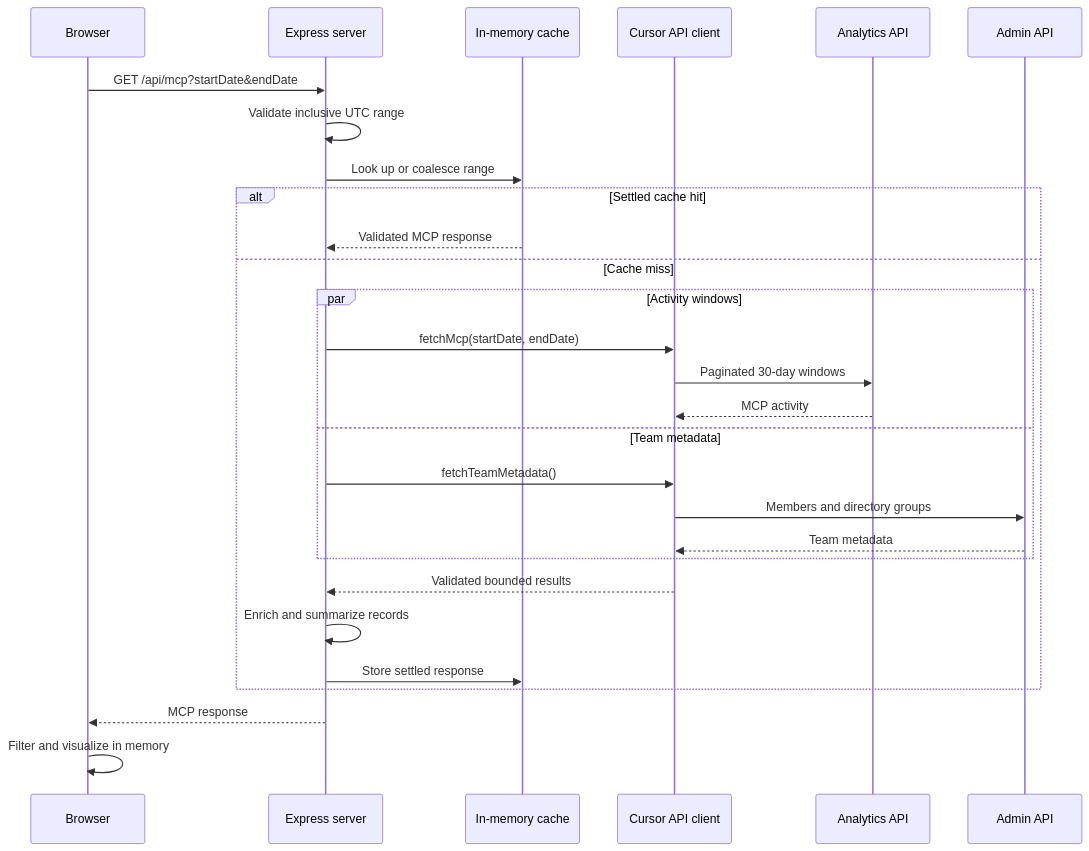
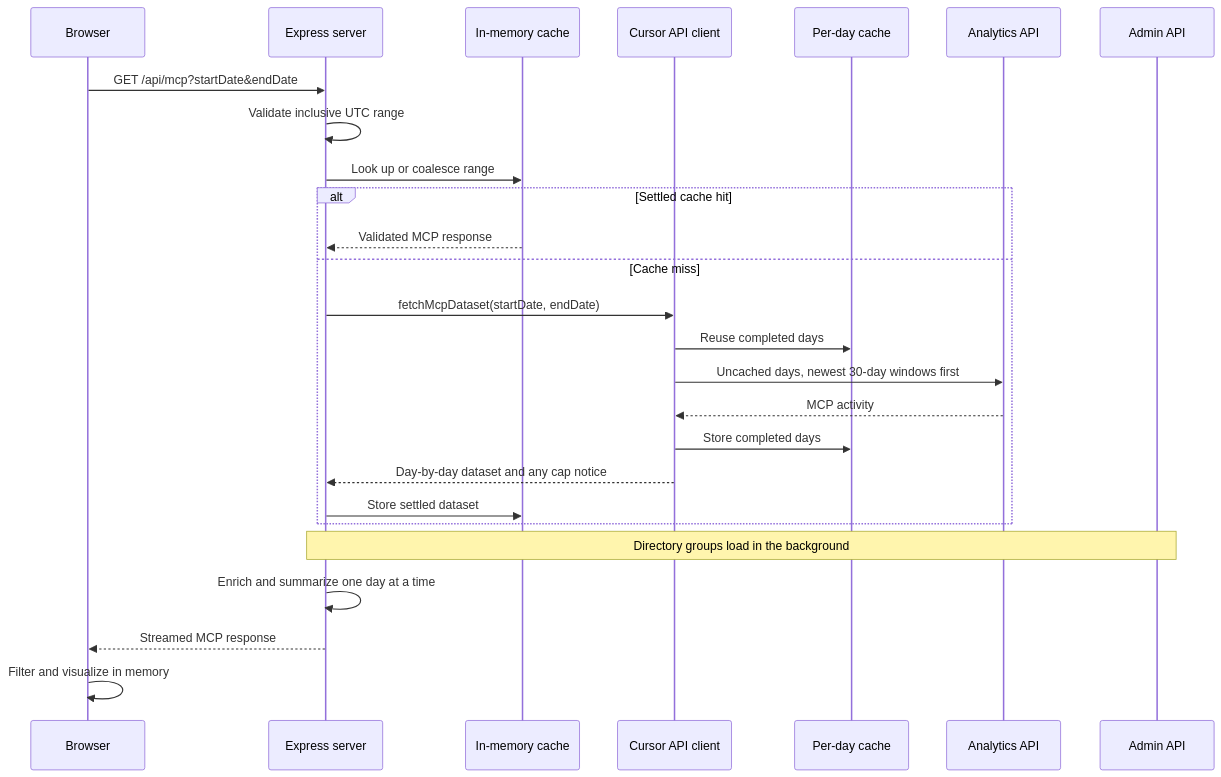
Before and after one commit to danielpilla/mcp-adoption-dashboard: the second of 2 diagrams in README.md, drawn with Mermaid. The commit also changed other lines of this file and 42 other files, not shown here.

First line of the commit message:
Return partial data at configurable caps, cache completed days, and load the directory in the background (#11)

````diff
--- a/README.md
+++ b/README.md
@@ -124,31 +154,29 @@
 ```mermaid
 sequenceDiagram
   participant Browser
   participant HTTP as Express server
   participant Cache as In-memory cache
   participant Client as Cursor API client
+  participant Days as Per-day cache
   participant Analytics as Analytics API
   participant Admin as Admin API
 
   Browser->>HTTP: GET /api/mcp?startDate&endDate
   HTTP->>HTTP: Validate inclusive UTC range
   HTTP->>Cache: Look up or coalesce range
   alt Settled cache hit
     Cache-->>HTTP: Validated MCP response
   else Cache miss
-    par Activity windows
-      HTTP->>Client: fetchMcp(startDate, endDate)
-      Client->>Analytics: Paginated 30-day windows
-      Analytics-->>Client: MCP activity
-    and Team metadata
-      HTTP->>Client: fetchTeamMetadata()
-      Client->>Admin: Members and directory groups
-      Admin-->>Client: Team metadata
-    end
-    Client-->>HTTP: Validated bounded results
-    HTTP->>HTTP: Enrich and summarize records
-    HTTP->>Cache: Store settled response
+    HTTP->>Client: fetchMcpDataset(startDate, endDate)
+    Client->>Days: Reuse completed days
+    Client->>Analytics: Uncached days, newest 30-day windows first
+    Analytics-->>Client: MCP activity
+    Client->>Days: Store completed days
+    Client-->>HTTP: Day-by-day dataset and any cap notice
+    HTTP->>Cache: Store settled dataset
   end
-  HTTP-->>Browser: MCP response
+  Note over HTTP,Admin: Directory groups load in the background
+  HTTP->>HTTP: Enrich and summarize one day at a time
+  HTTP-->>Browser: Streamed MCP response
   Browser->>Browser: Filter and visualize in memory
 ```
````
